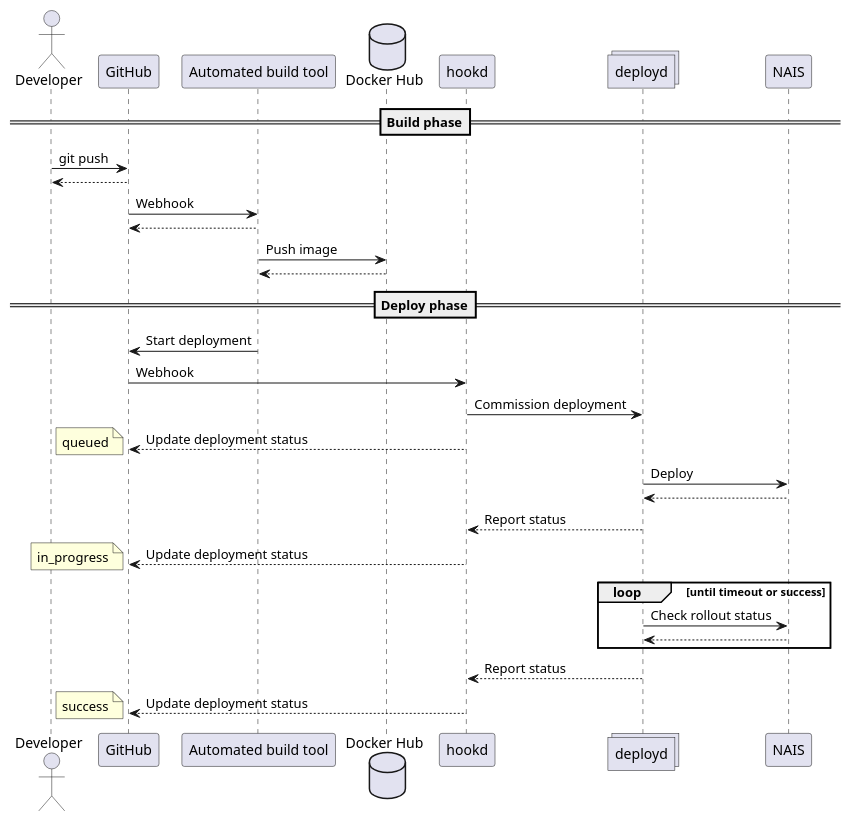
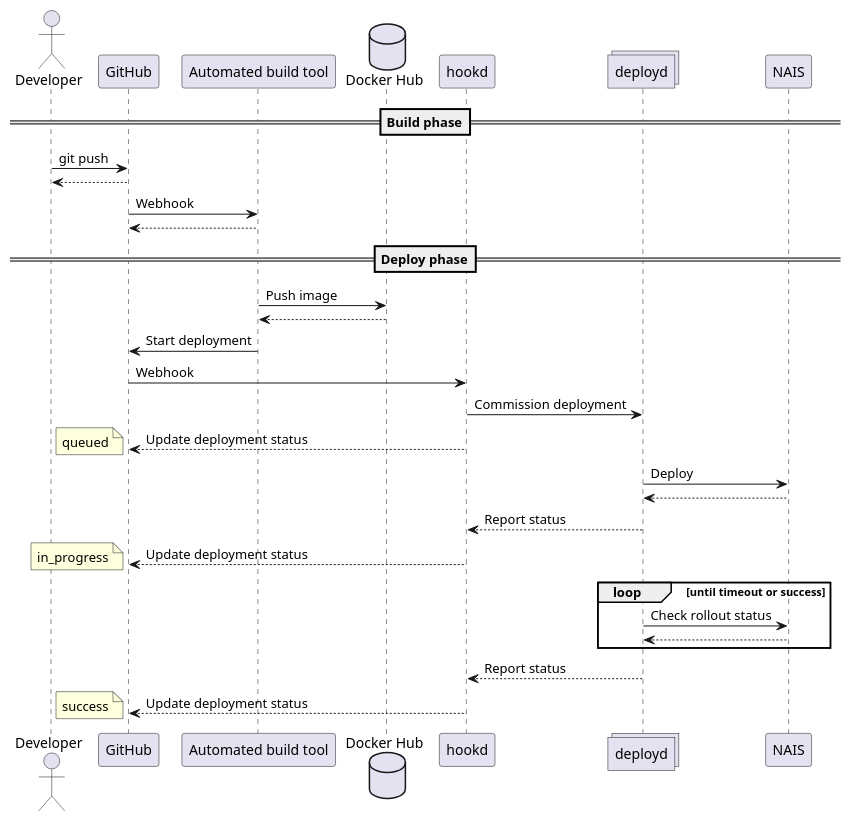
The diagram in doc/sequence.puml (nais/deploy), drawn with PlantUML before and after one commit. The commit also changed other lines of this file and 1 other file, not shown here.

Commit message:
Flyttet push image til deploy Fixes #25

```diff
--- a/doc/sequence.puml
+++ b/doc/sequence.puml
@@ -1,40 +1,40 @@
 @startuml component
 
 actor developer as "Developer"
 participant github as "GitHub"
 participant ci as "Automated build tool"
 database registry as "Docker Hub"
 participant hookd
 collections deployd
 participant kubernetes as "NAIS"
 
 ==Build phase==
 developer -> github: git push
 github --> developer
 github -> ci: Webhook
 ci --> github
+
+==Deploy phase==
 ci -> registry: Push image
 registry --> ci
-
-==Deploy phase==
 ci -> github: Start deployment
 github -> hookd: Webhook
 hookd -> deployd: Commission deployment
 hookd --> github: Update deployment status
 note left: queued
 deployd -> kubernetes: Deploy
 kubernetes --> deployd
 deployd --> hookd: Report status
 hookd --> github: Update deployment status
 note left: in_progress
 
 loop until timeout or success
 	deployd -> kubernetes: Check rollout status
 	kubernetes --> deployd
 end
 
 deployd --> hookd: Report status
 hookd --> github: Update deployment status
 note left: success
 
 @enduml
```
